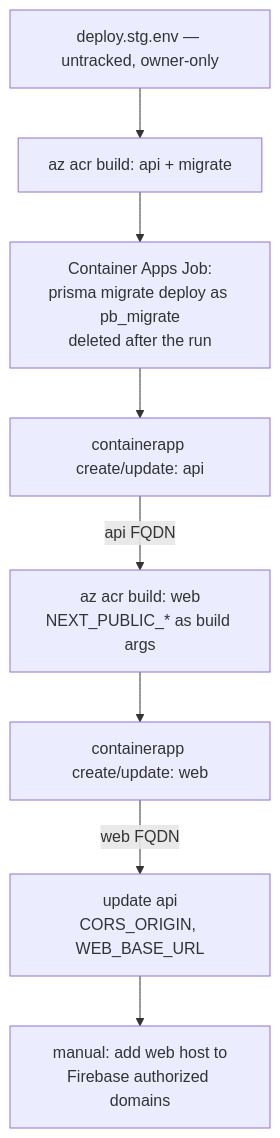
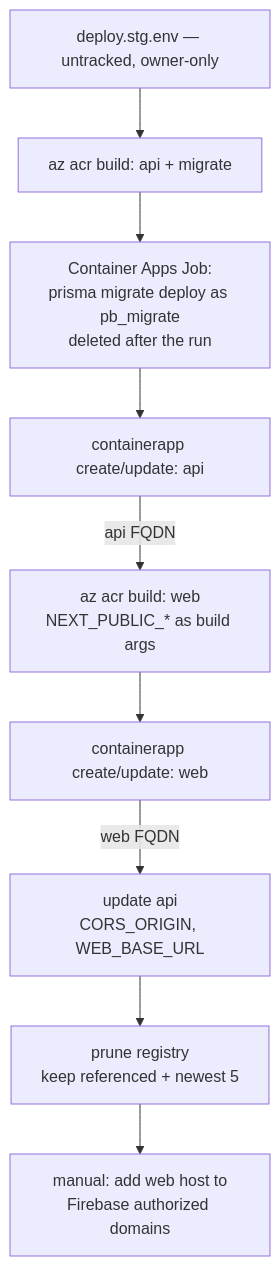
One commit to Lynns0416/buddy-app-copy changed the seventh of 7 diagrams in docs/architecture.md. Above: the diagram before and after it, drawn with Mermaid. The commit also changed other lines of this file and 4 other files, not shown here.

Commit message:
infra/160: prune the registry at the end of every deploy, tag web images per environment (#189)

````diff
--- a/docs/architecture.md
+++ b/docs/architecture.md
@@ -349,10 +353,11 @@
 ```mermaid
 flowchart TD
     C["deploy.stg.env — untracked, owner-only"] --> B1
     B1["az acr build: api + migrate"] --> MIG["Container Apps Job:<br/>prisma migrate deploy as pb_migrate<br/>deleted after the run"]
     MIG --> D1["containerapp create/update: api"]
     D1 -->|"api FQDN"| B2["az acr build: web<br/>NEXT_PUBLIC_* as build args"]
     B2 --> D2["containerapp create/update: web"]
     D2 -->|"web FQDN"| P["update api<br/>CORS_ORIGIN, WEB_BASE_URL"]
-    P --> M["manual: add web host to<br/>Firebase authorized domains"]
+    P --> PR["prune registry<br/>keep referenced + newest 5"]
+    PR --> M["manual: add web host to<br/>Firebase authorized domains"]
 ```
````
